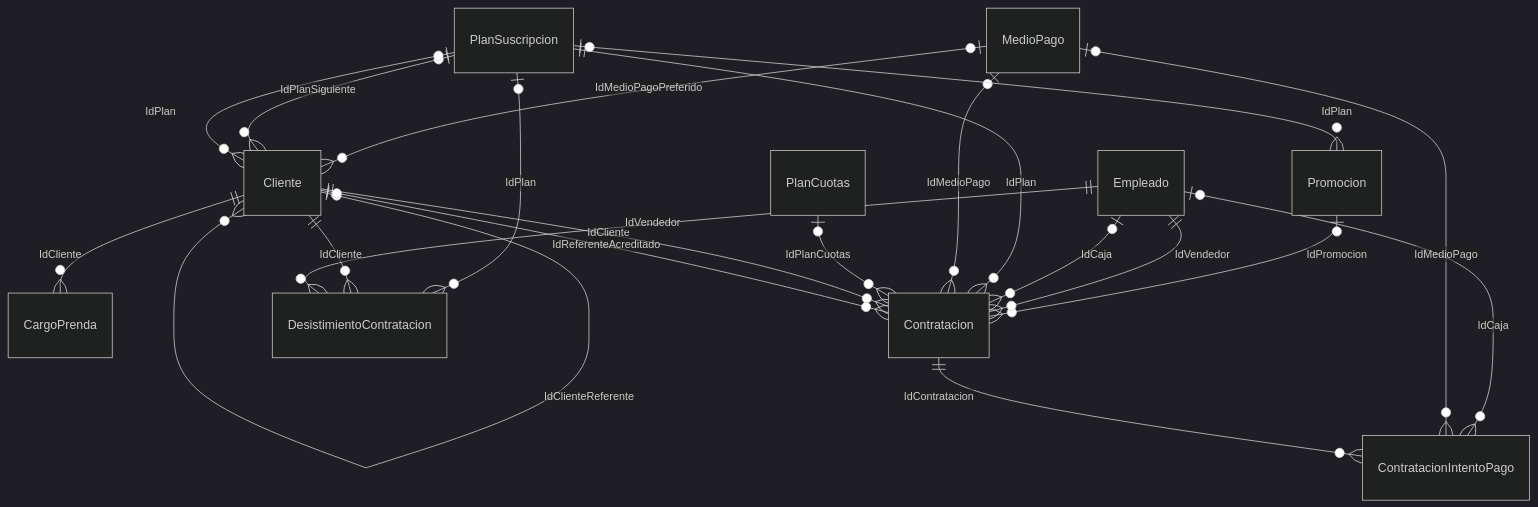
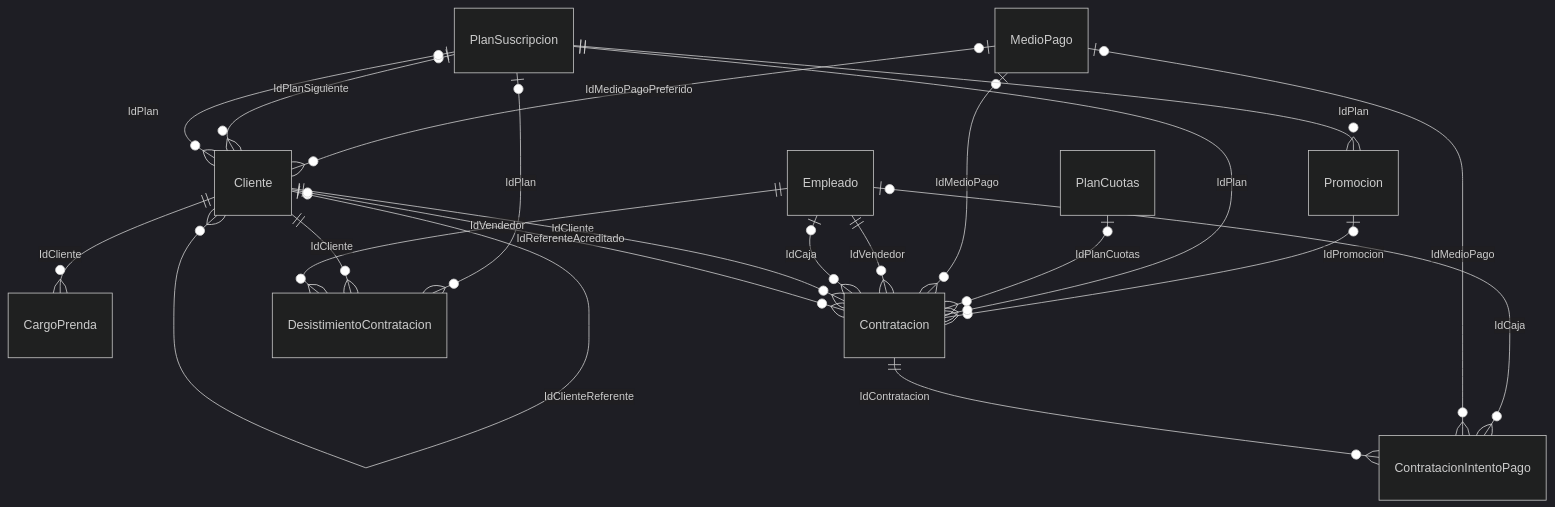
One commit to valentinamorana/Trabajo-de-Diploma changed the diagram in docs/diagramas/mermaid/MC_pn02_contrataciones.mmd. Above: the diagram before and after it, drawn with Mermaid (dark theme). The commit also changed 113 other files, not shown here.

```diff
--- a/docs/diagramas/mermaid/MC_pn02_contrataciones.mmd
+++ b/docs/diagramas/mermaid/MC_pn02_contrataciones.mmd
@@ -1,31 +1,31 @@
 erDiagram
   Cliente ||--o{ CargoPrenda : "IdCliente"
   Cliente |o--o{ Cliente : "IdClienteReferente"
   MedioPago |o--o{ Cliente : "IdMedioPagoPreferido"
   PlanSuscripcion |o--o{ Cliente : "IdPlanSiguiente"
   PlanSuscripcion |o--o{ Cliente : "IdPlan"
   Promocion |o--o{ Contratacion : "IdPromocion"
+  PlanSuscripcion ||--o{ Contratacion : "IdPlan"
+  PlanCuotas |o--o{ Contratacion : "IdPlanCuotas"
+  MedioPago |o--o{ Contratacion : "IdMedioPago"
   Empleado ||--o{ Contratacion : "IdVendedor"
   Empleado |o--o{ Contratacion : "IdCaja"
-  PlanSuscripcion ||--o{ Contratacion : "IdPlan"
-  MedioPago |o--o{ Contratacion : "IdMedioPago"
-  PlanCuotas |o--o{ Contratacion : "IdPlanCuotas"
   Cliente ||--o{ Contratacion : "IdCliente"
   Cliente |o--o{ Contratacion : "IdReferenteAcreditado"
   Empleado |o--o{ ContratacionIntentoPago : "IdCaja"
   MedioPago |o--o{ ContratacionIntentoPago : "IdMedioPago"
   Contratacion ||--o{ ContratacionIntentoPago : "IdContratacion"
   PlanSuscripcion |o--o{ DesistimientoContratacion : "IdPlan"
   Cliente ||--o{ DesistimientoContratacion : "IdCliente"
   Empleado ||--o{ DesistimientoContratacion : "IdVendedor"
-  PlanSuscripcion |o--o{ Promocion : "IdPlan"
+  PlanSuscripcion ||--o{ Promocion : "IdPlan"
   Cliente
   PlanSuscripcion
   Empleado
   Contratacion
   MedioPago
   PlanCuotas
   ContratacionIntentoPago
   DesistimientoContratacion
   Promocion
   CargoPrenda
```
